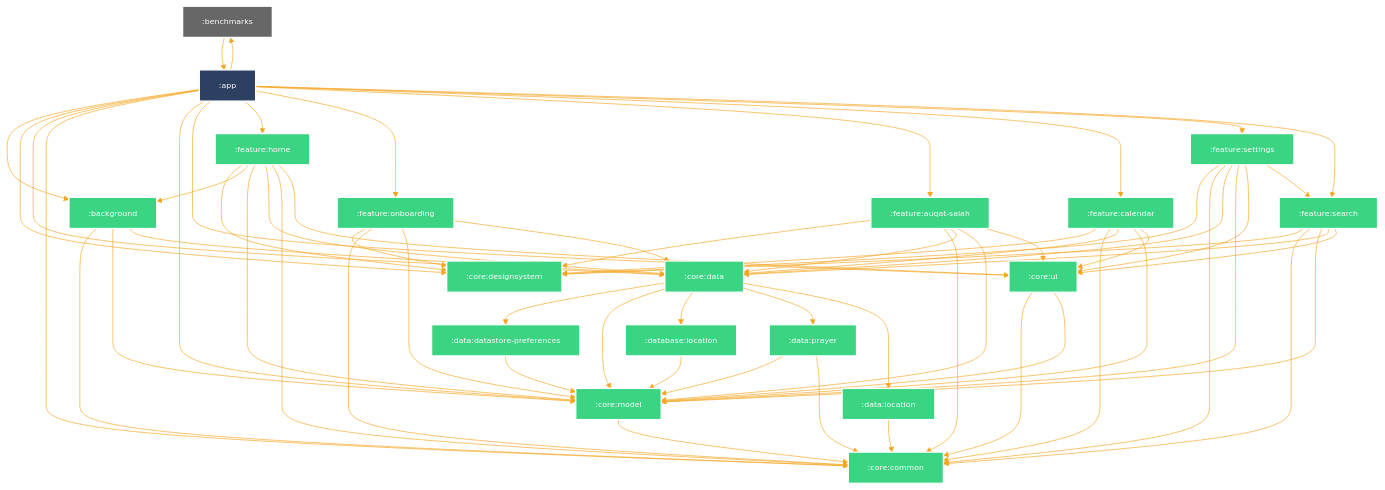
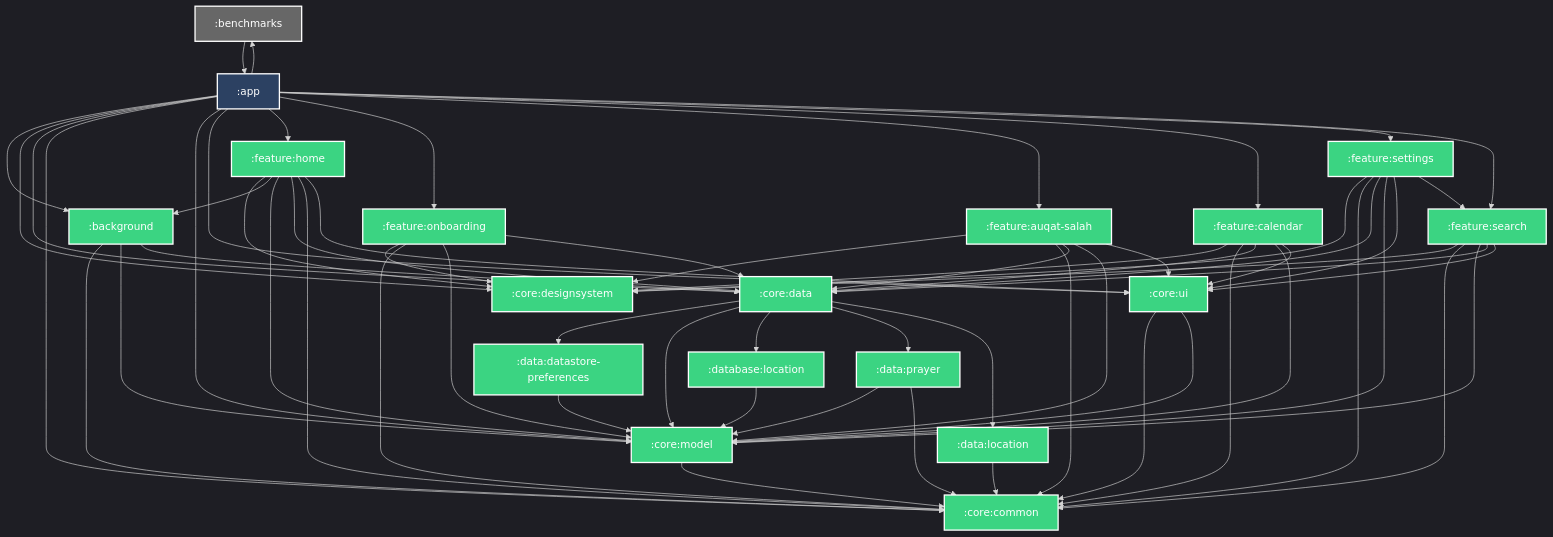
One commit to MAshhal/VencordThemes changed the diagram in README.md. Above: the diagram before and after it, drawn with Mermaid.

````diff
--- a/README.md
+++ b/README.md
@@ -3,8 +3,7 @@
 ```mermaid
 %%{
   init: {
-    'theme': 'base',
-    'themeVariables': {"primaryTextColor":"#fff","primaryColor":"#5a4f7c","primaryBorderColor":"#5a4f7c","lineColor":"#f5a623","tertiaryColor":"#40375c","fontSize":"12px"}
+    'theme': 'dark'
   }
 }%%
 
````
